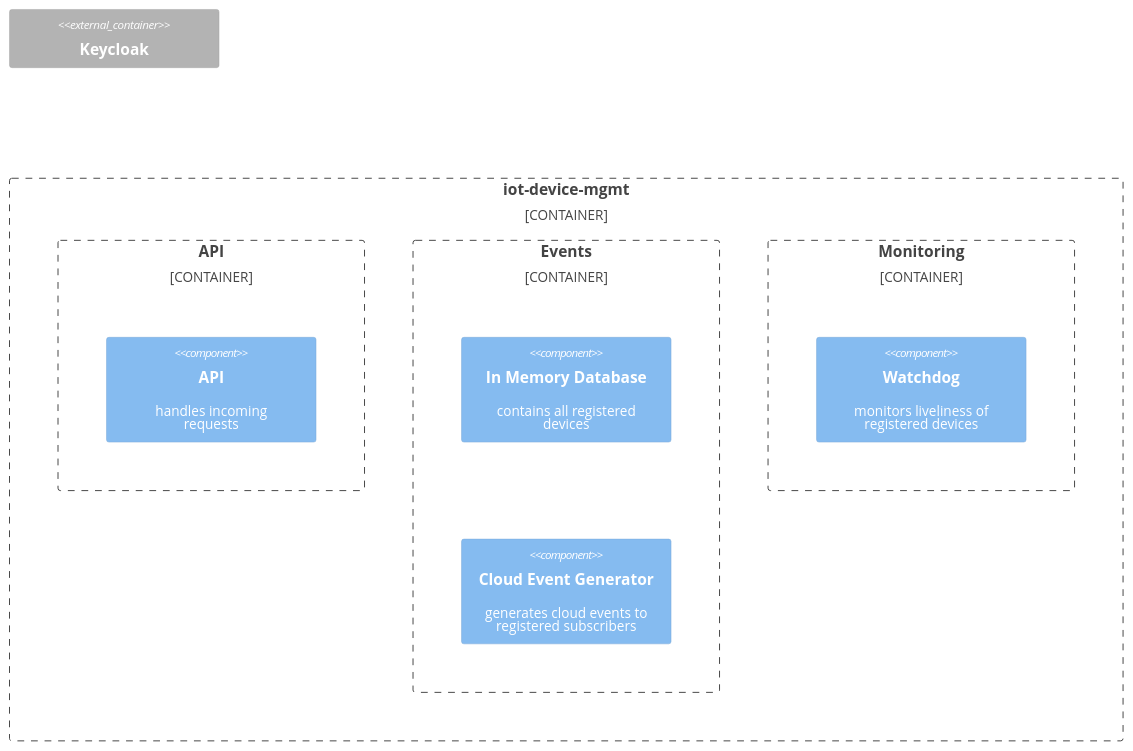
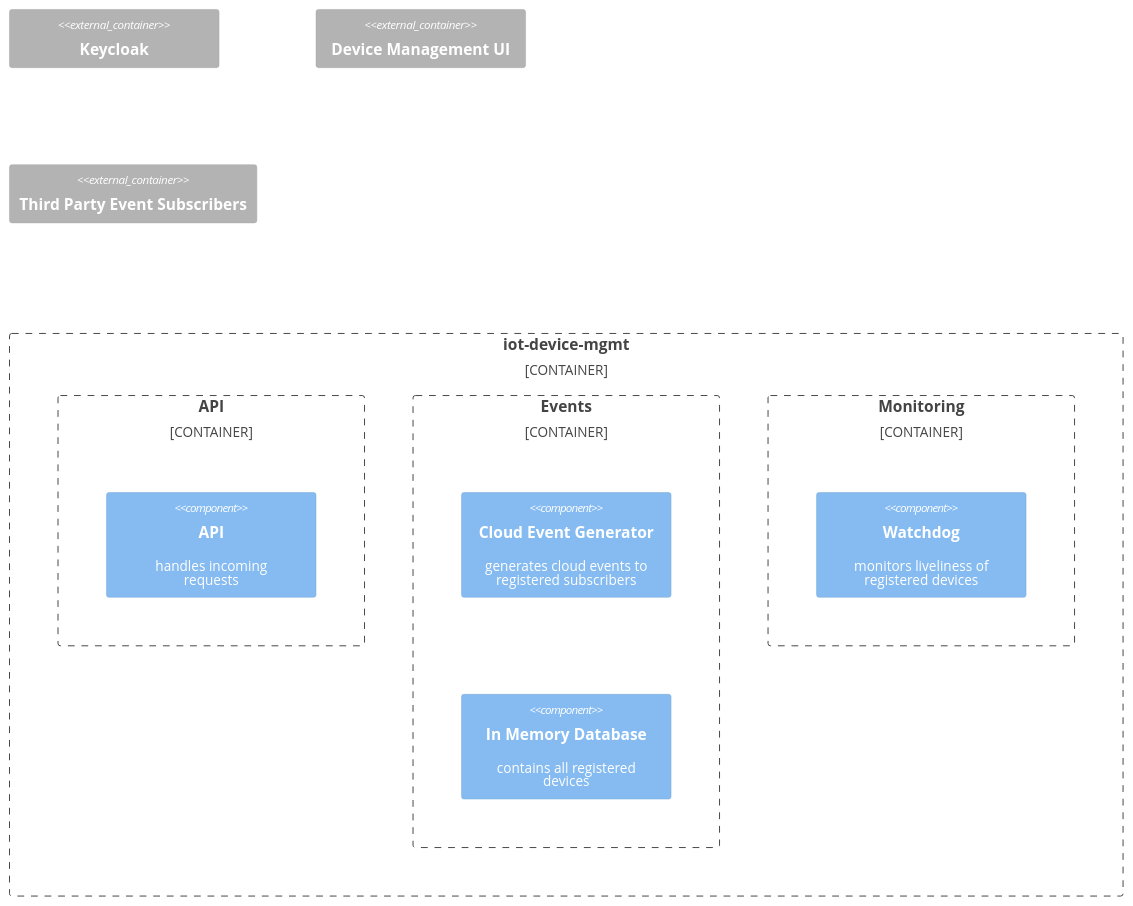
The diagram in site/content/services/iot-device-mgmt/_index.md (diwise/diwise.github.io), drawn with Mermaid before and after one commit. The commit also changed other lines of this file, not shown here.

Commit message:
diagram fixes

```diff
--- a/site/content/services/iot-device-mgmt/_index.md
+++ b/site/content/services/iot-device-mgmt/_index.md
@@ -16,25 +16,27 @@
 {{< mermaid >}}
 C4Component
 
     Container_Ext(keycloak, "Keycloak", "")
+    Container_Ext(devmgmt-web, "Device Management UI", "")
+    Container_Ext(eventsubs, "Third Party Event Subscribers", "")
 
     Container_Boundary(b1, "iot-device-mgmt") {
 
         Container_Boundary(api, "API") {
             Component(api, "API", "", "handles incoming<br>requests")
         }
 
         Container_Boundary(events, "Events") {
+            Component(cloudevt, "Cloud Event Generator", "", "generates cloud events to<br>registered subscribers")
             Component(db, "In Memory Database", "", "contains all registered<br>devices")
-            Component(cloudevt, "Cloud Event Generator", "", "generates cloud events to<br>registered subscribers")            
         }
 
         Container_Boundary(monitor, "Monitoring") {
             Component(watchdog, "Watchdog", "", "monitors liveliness of<br>registered devices")
         }
 
     }
 
     UpdateLayoutConfig($c4ShapeInRow="3", $c4BoundaryInRow="3")
 
 {{< /mermaid >}}
```
